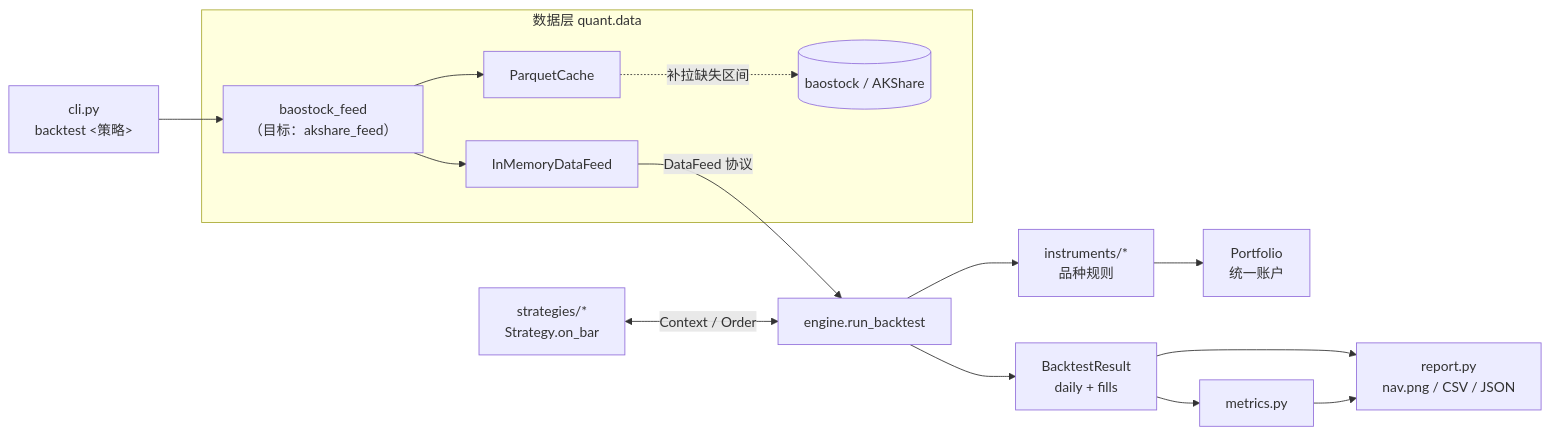
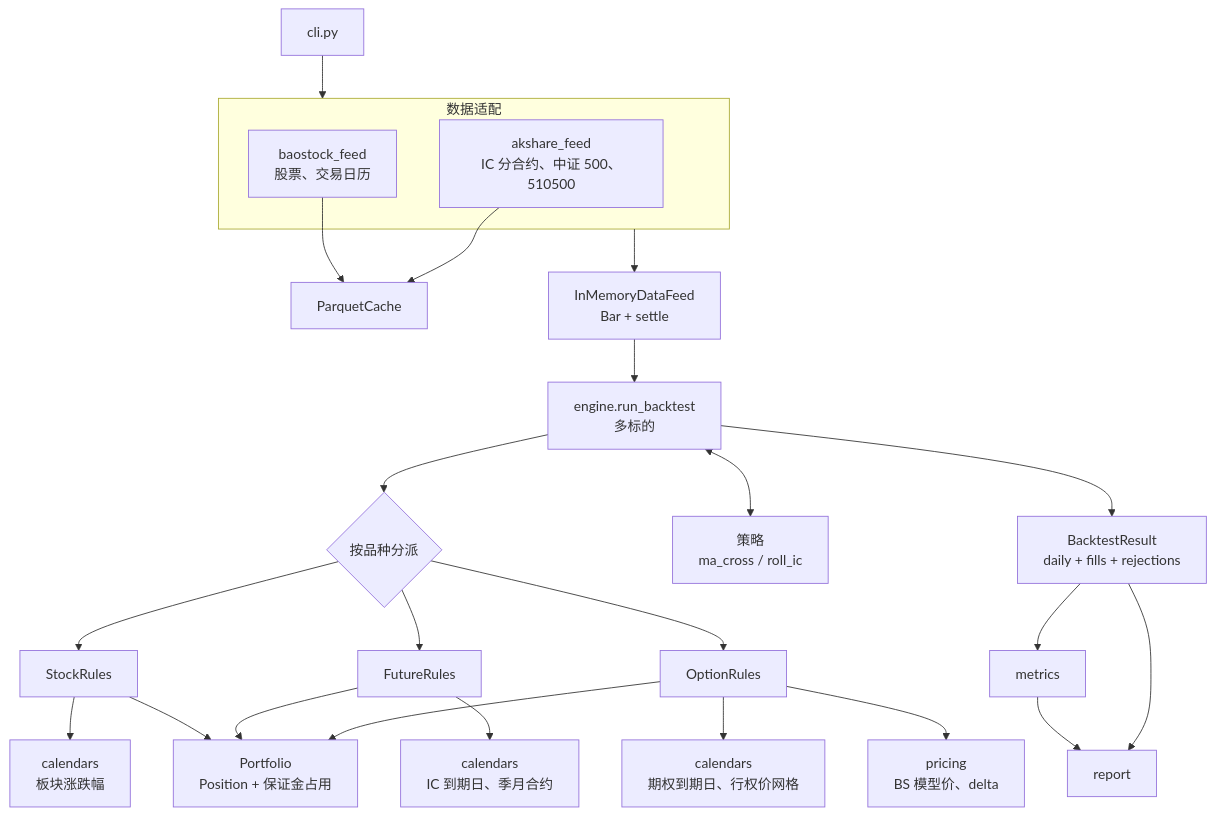
One commit to guevara12345/quant changed the first of 8 diagrams in docs/design.md. Above: the diagram before and after it, drawn with Mermaid. The commit also changed other lines of this file and 1 other file, not shown here.

````diff
--- a/docs/design.md
+++ b/docs/design.md
@@ -29,17 +70,27 @@
 ```mermaid
-flowchart LR
-    CLI[cli.py<br/>backtest &lt;策略&gt;] --> Loader
-    subgraph data[数据层 quant.data]
-        Loader[baostock_feed<br/>（目标：akshare_feed）] --> Cache[ParquetCache]
-        Cache -.补拉缺失区间.-> Source[(baostock / AKShare)]
-        Loader --> Feed[InMemoryDataFeed]
+flowchart TD
+    CLI[cli.py] --> Loaders
+    subgraph Loaders[数据适配]
+        BAO[baostock_feed<br/>股票、交易日历]
+        AK[akshare_feed<br/>IC 分合约、中证 500、510500]
     end
-    Feed -->|DataFeed 协议| Engine[engine.run_backtest]
-    Strategy[strategies/*<br/>Strategy.on_bar] <-->|Context / Order| Engine
-    Engine --> Rules[instruments/*<br/>品种规则]
-    Rules --> Portfolio[Portfolio<br/>统一账户]
-    Engine --> Result[BacktestResult<br/>daily + fills]
-    Result --> Metrics[metrics.py]
-    Result --> Report[report.py<br/>nav.png / CSV / JSON]
-    Metrics --> Report
+    BAO --> Cache[ParquetCache]
+    AK --> Cache
+    Loaders --> Feed["InMemoryDataFeed<br/>Bar + settle"]
+    Feed --> Engine[engine.run_backtest<br/>多标的]
+    Engine --> Dispatch{按品种分派}
+    Dispatch --> SR[StockRules]
+    Dispatch --> FR[FutureRules]
+    Dispatch --> OR[OptionRules]
+    SR --> Cal[calendars<br/>板块涨跌幅]
+    FR --> Cal2[calendars<br/>IC 到期日、季月合约]
+    OR --> Cal3[calendars<br/>期权到期日、行权价网格]
+    OR --> PR[pricing<br/>BS 模型价、delta]
+    SR --> PF[Portfolio<br/>Position + 保证金占用]
+    FR --> PF
+    OR --> PF
+    Engine <--> STR["策略<br/>ma_cross / roll_ic"]
+    Engine --> RES["BacktestResult<br/>daily + fills + rejections"]
+    RES --> MET[metrics] --> REP[report]
+    RES --> REP
 ```
````
